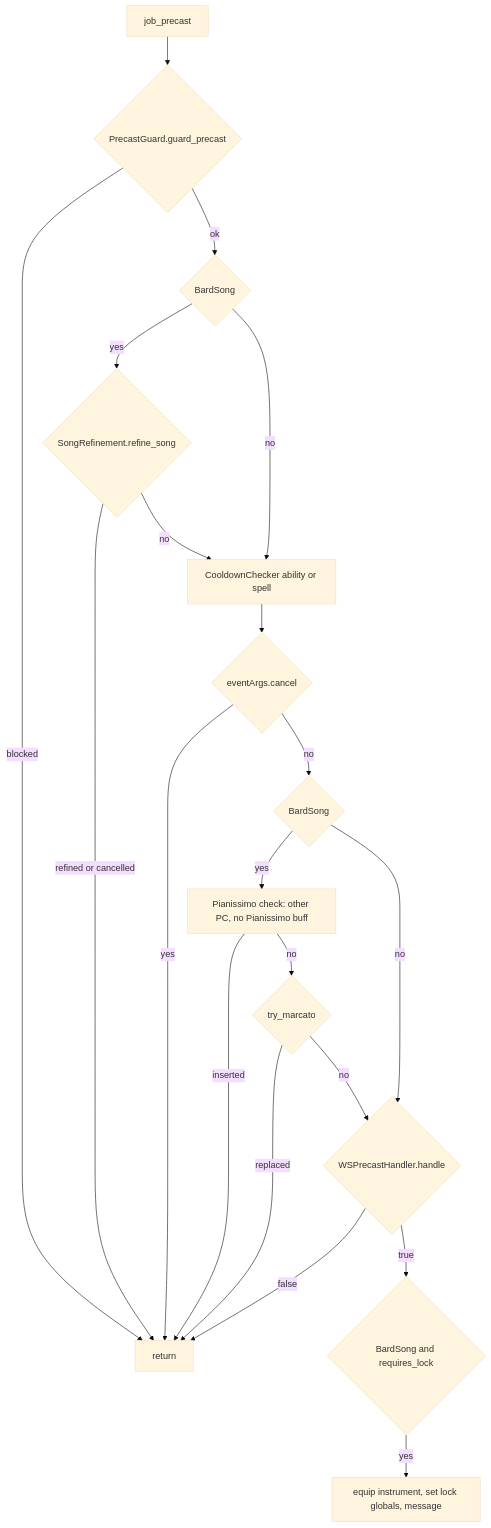
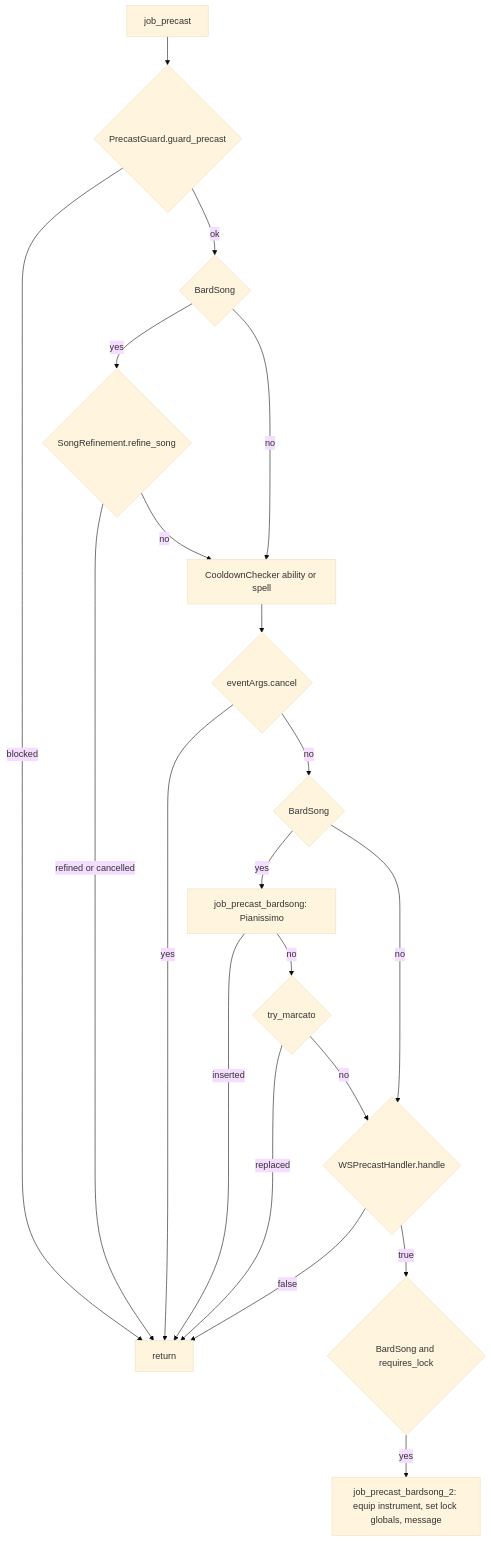
The second of 3 diagrams in docs/dev/jobs/brd.md (ejouanchicot/Gearswap), drawn with Mermaid (base theme) before and after one commit. The commit also changed other lines of this file and 31 other files, not shown here.

````diff
--- a/docs/dev/jobs/brd.md
+++ b/docs/dev/jobs/brd.md
@@ -154,22 +126,22 @@
 ```mermaid
 flowchart TD
     A[job_precast] --> B{PrecastGuard.guard_precast}
     B -- blocked --> Z[return]
     B -- ok --> C{BardSong}
     C -- yes --> R{SongRefinement.refine_song}
     R -- refined or cancelled --> Z
     R -- no --> D
     C -- no --> D[CooldownChecker ability or spell]
     D --> E{eventArgs.cancel}
     E -- yes --> Z
     E -- no --> S{BardSong}
-    S -- yes --> P[Pianissimo check: other PC, no Pianissimo buff]
+    S -- yes --> P[job_precast_bardsong: Pianissimo]
     P -- inserted --> Z
     P -- no --> Q{try_marcato}
     Q -- replaced --> Z
     Q -- no --> W
     S -- no --> W{WSPrecastHandler.handle}
     W -- false --> Z
     W -- true --> L{BardSong and requires_lock}
-    L -- yes --> K[equip instrument, set lock globals, message]
+    L -- yes --> K[job_precast_bardsong_2: equip instrument, set lock globals, message]
 ```
````
